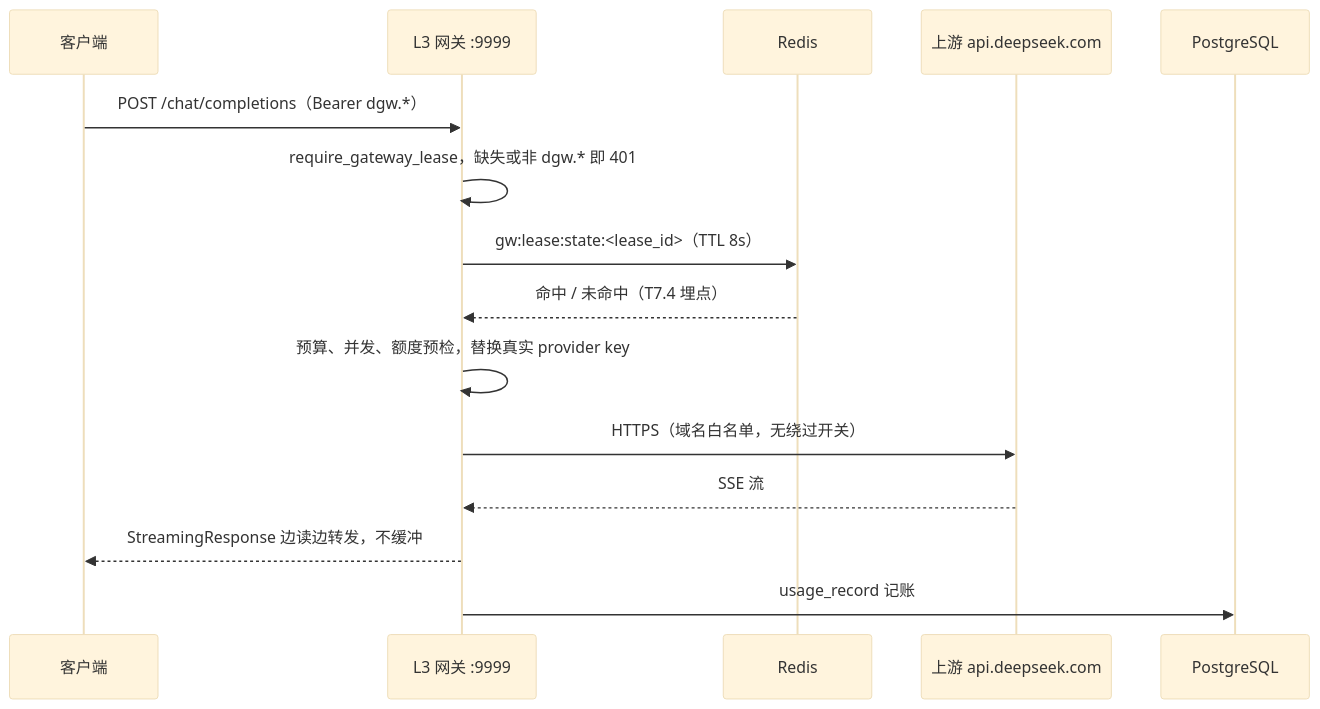
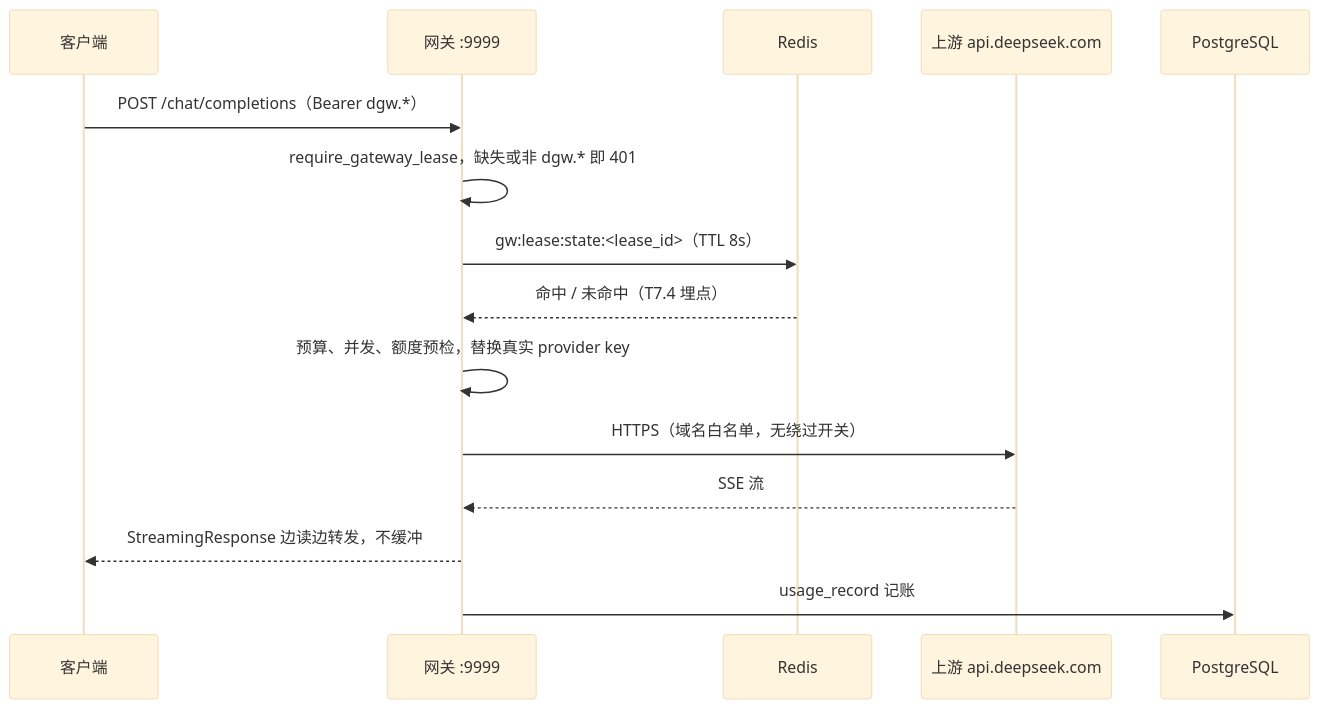
Before and after one commit to tec-more/agentpanel: the third of 3 diagrams in reports/architecture/as-built-architecture-2026-11-09.md, drawn with Mermaid (base theme). The commit also changed other lines of this file and 123 other files, not shown here.

````diff
--- a/reports/architecture/as-built-architecture-2026-11-09.md
+++ b/reports/architecture/as-built-architecture-2026-11-09.md
@@ -150,17 +150,17 @@
 ```mermaid
 sequenceDiagram
   participant C as 客户端
-  participant G as L3 网关 :9999
+  participant G as 网关 :9999
   participant R as Redis
   participant U as 上游 api.deepseek.com
   participant P as PostgreSQL
   C->>G: POST /chat/completions（Bearer dgw.*）
   G->>G: require_gateway_lease，缺失或非 dgw.* 即 401
   G->>R: gw:lease:state:<lease_id>（TTL 8s）
   R-->>G: 命中 / 未命中（T7.4 埋点）
   G->>G: 预算、并发、额度预检，替换真实 provider key
   G->>U: HTTPS（域名白名单，无绕过开关）
   U-->>G: SSE 流
   G-->>C: StreamingResponse 边读边转发，不缓冲
   G->>P: usage_record 记账
 ```
````
